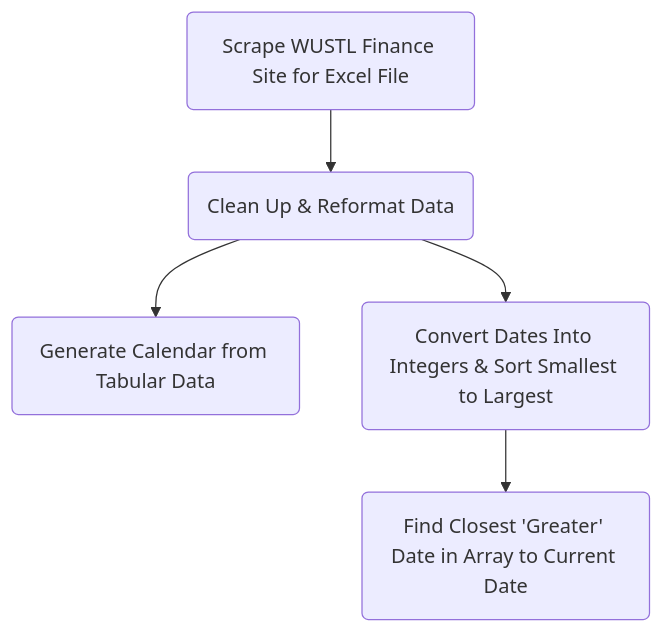
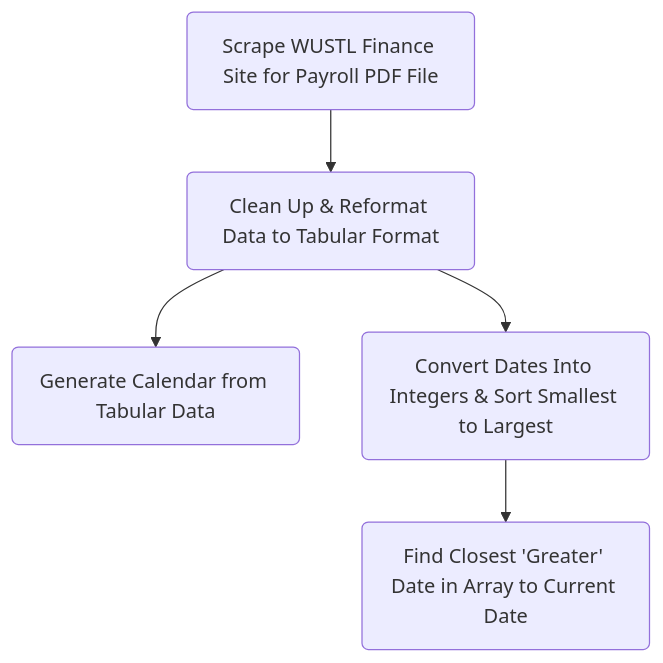
One commit to caelanjmiller/Stipend-Paydate-Site changed the diagram in README.md. Above: the diagram before and after it, drawn with Mermaid. The commit also changed 1 other file, not shown here.

Commit message:
Updated README & removed debugging lines

````diff
--- a/README.md
+++ b/README.md
@@ -7,8 +7,8 @@
 ```mermaid
 flowchart TD
 
-A(Scrape WUSTL Finance Site for Excel File) --> B(Clean Up & Reformat Data) 
+A(Scrape WUSTL Finance Site for Payroll PDF File) --> B(Clean Up & Reformat Data to Tabular Format) 
 B --> C(Generate Calendar from Tabular Data)
 B --> D(Convert Dates Into Integers & Sort Smallest to Largest)
 D --> E(Find Closest 'Greater' Date in Array to Current Date)
 ```
````
